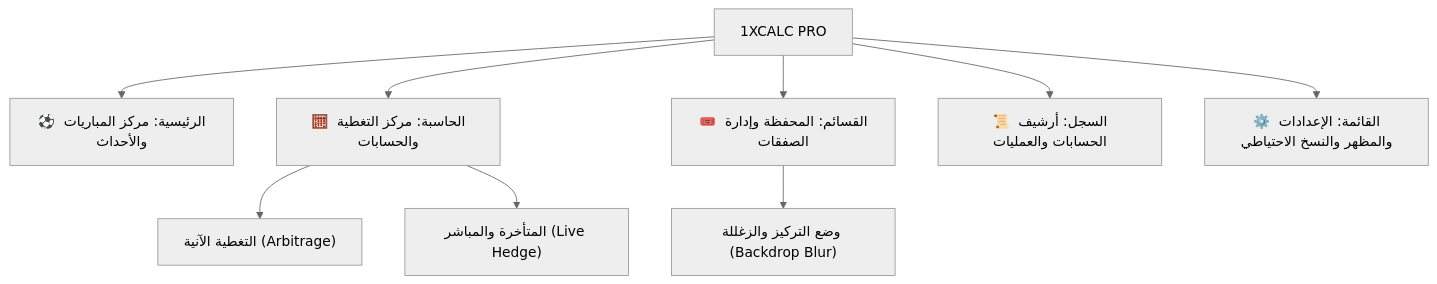
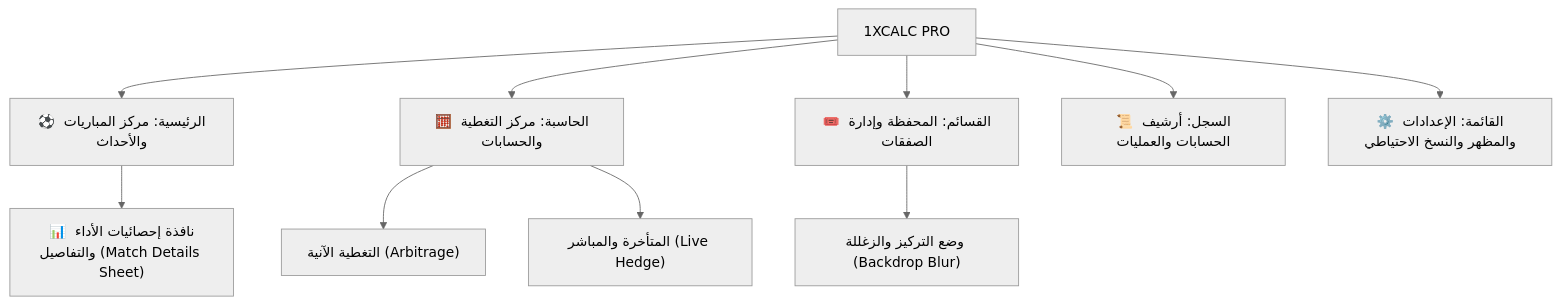
Before and after one commit to lhaj9/1xcalc: the diagram in README.md, drawn with Mermaid (neutral theme). The commit also changed other lines of this file and 4 other files, not shown here.

````diff
--- a/README.md
+++ b/README.md
@@ -20,13 +20,14 @@
 ```mermaid
 graph TD
     App["1XCALC PRO"]
     App --> TabHome["⚽ الرئيسية: مركز المباريات والأحداث"]
     App --> TabCalc["🧮 الحاسبة: مركز التغطية والحسابات"]
     App --> TabSlips["🎟️ القسائم: المحفظة وإدارة الصفقات"]
     App --> TabHistory["📜 السجل: أرشيف الحسابات والعمليات"]
     App --> TabMenu["⚙️ القائمة: الإعدادات والمظهر والنسخ الاحتياطي"]
 
+    TabHome --> MatchStats["📊 نافذة إحصائيات الأداء والتفاصيل (Match Details Sheet)"]
     TabCalc --> PaneArb["التغطية الآنية (Arbitrage)"]
     TabCalc --> PaneDelayed["المتأخرة والمباشر (Live Hedge)"]
     TabSlips --> FocusMode["وضع التركيز والزغللة (Backdrop Blur)"]
 ```
````
